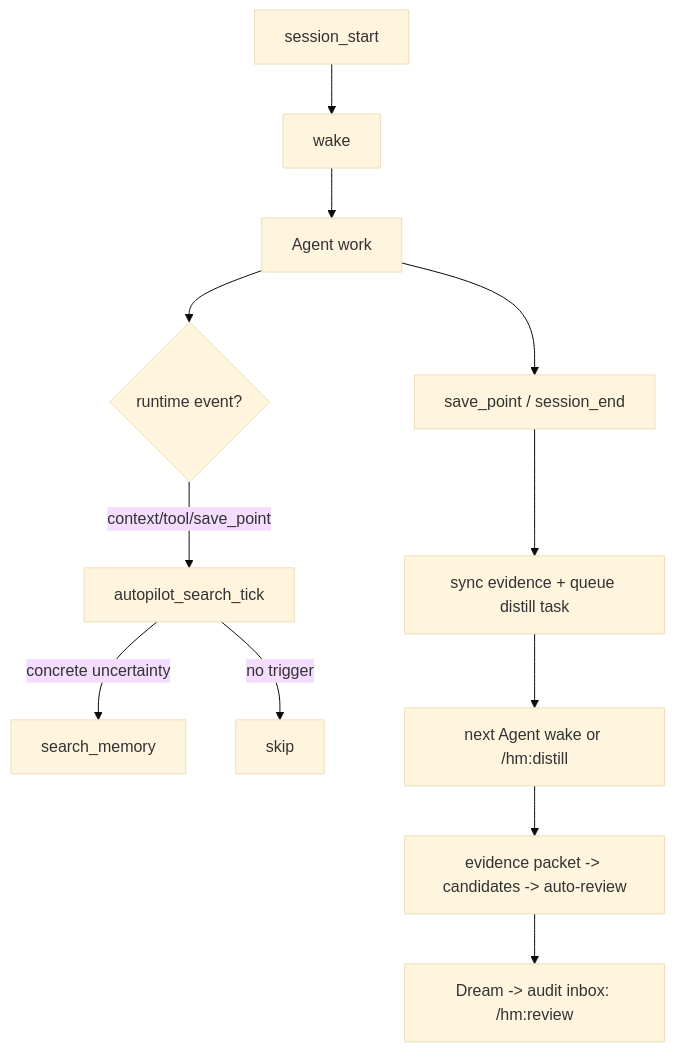
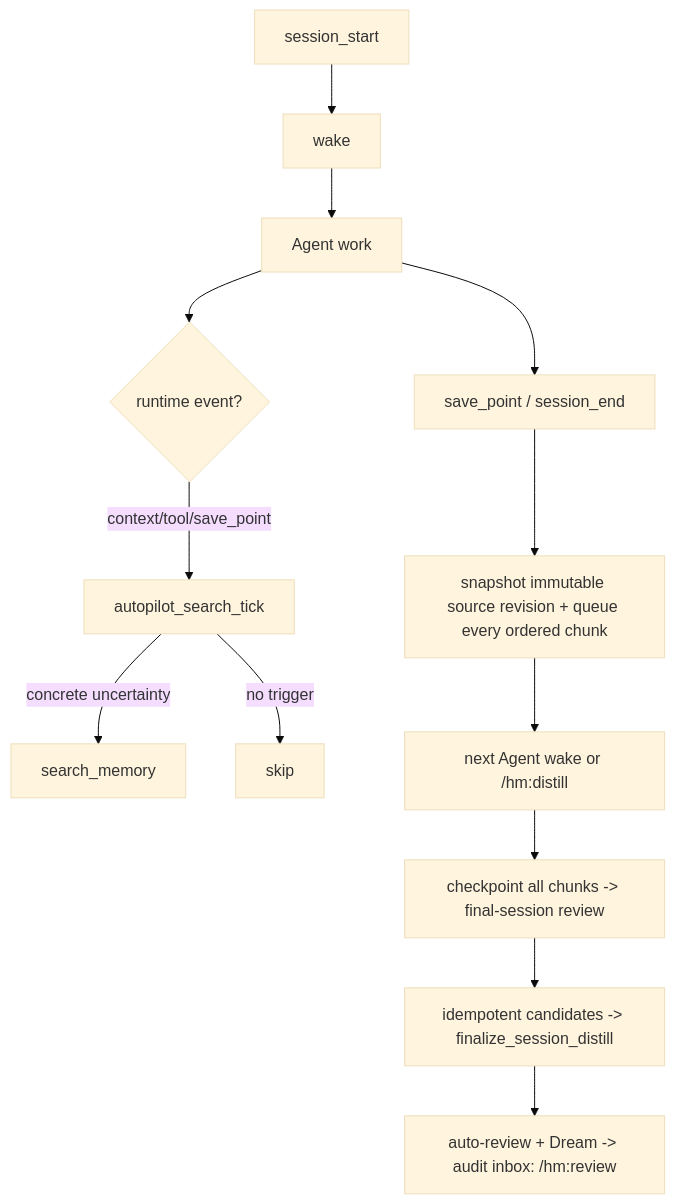
Before and after one commit to manhua-man/harness-mem: the diagram in docs/autopilot-search-policy.md, drawn with Mermaid (base theme). The commit also changed other lines of this file and 131 other files, not shown here.

````diff
--- a/docs/autopilot-search-policy.md
+++ b/docs/autopilot-search-policy.md
@@ -7,14 +7,15 @@
 ```mermaid
 graph TD
     A["session_start"] --> B["wake"]
     B --> C["Agent work"]
     C --> D{"runtime event?"}
     D -->|context/tool/save_point| E["autopilot_search_tick"]
     E -->|concrete uncertainty| F["search_memory"]
     E -->|no trigger| G["skip"]
     C --> H["save_point / session_end"]
-    H --> I["sync evidence + queue distill task"]
+    H --> I["snapshot immutable source revision + queue every ordered chunk"]
     I --> J["next Agent wake or /hm:distill"]
-    J --> K["evidence packet -> candidates -> auto-review"]
-    K --> L["Dream -> audit inbox: /hm:review"]
+    J --> K["checkpoint all chunks -> final-session review"]
+    K --> M["idempotent candidates -> finalize_session_distill"]
+    M --> L["auto-review + Dream -> audit inbox: /hm:review"]
 ```
````
